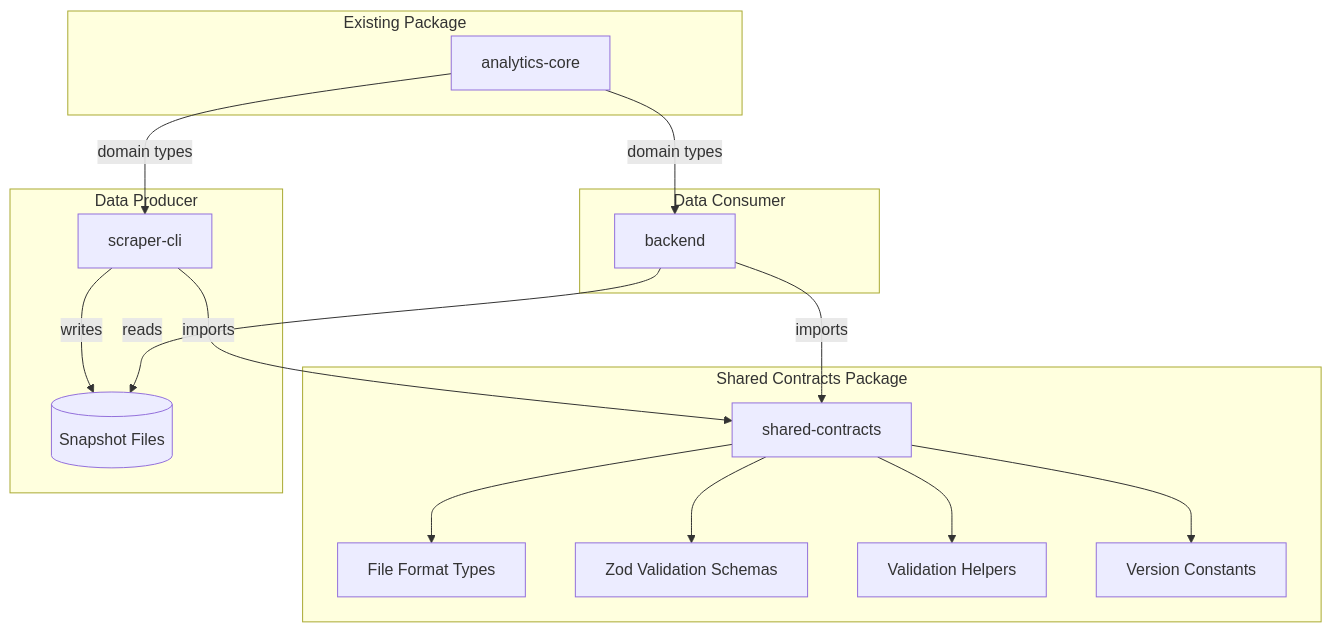
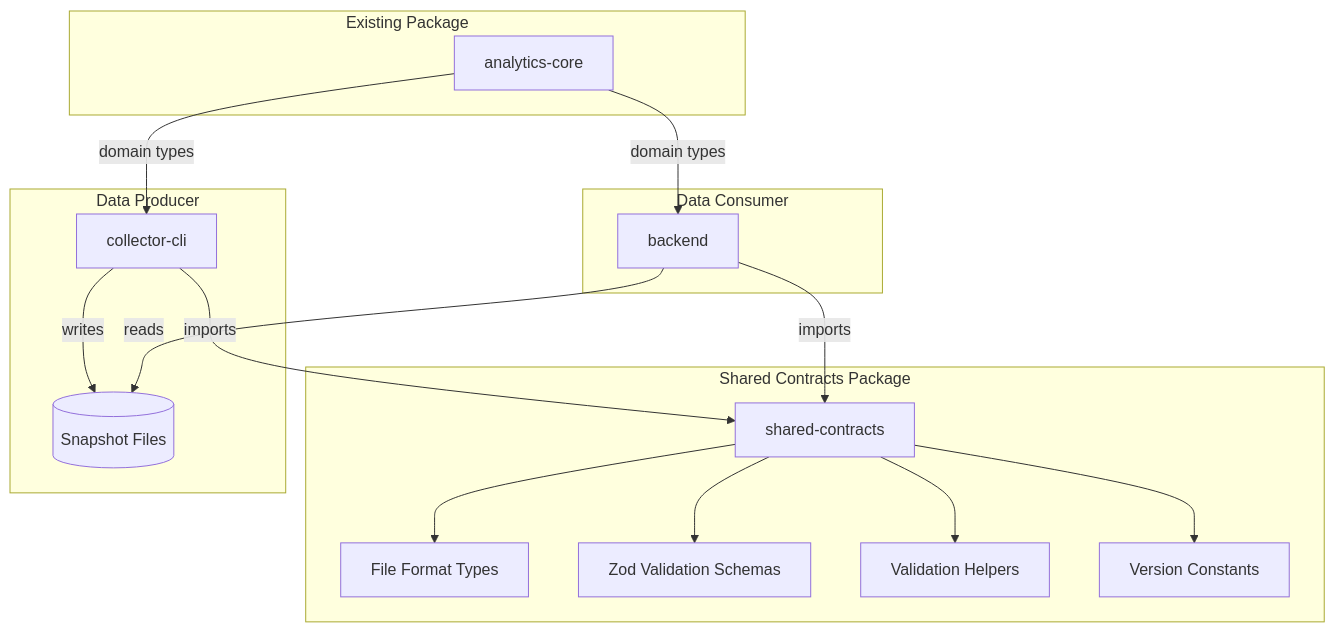
The first of 2 diagrams in .kiro/specs-archive/shared-data-contracts/design.md (rservant/toast-stats), drawn with Mermaid before and after one commit. The commit also changed other lines of this file and 267 other files, not shown here.

First line of the commit message:
refactor: rename scraper-cli to collector-cli across the codebase (#99)

````diff
--- a/.kiro/specs-archive/shared-data-contracts/design.md
+++ b/.kiro/specs-archive/shared-data-contracts/design.md
@@ -11,28 +11,28 @@
 ```mermaid
 graph TB
     subgraph "Shared Contracts Package"
         SC[shared-contracts]
         SC --> Types[File Format Types]
         SC --> Schemas[Zod Validation Schemas]
         SC --> Validators[Validation Helpers]
         SC --> Versions[Version Constants]
     end
 
     subgraph "Data Producer"
-        CLI[scraper-cli]
+        CLI[collector-cli]
         CLI -->|imports| SC
         CLI -->|writes| Files[(Snapshot Files)]
     end
 
     subgraph "Data Consumer"
         BE[backend]
         BE -->|imports| SC
         BE -->|reads| Files
     end
 
     subgraph "Existing Package"
         AC[analytics-core]
         AC -->|domain types| CLI
         AC -->|domain types| BE
     end
 ```
````
